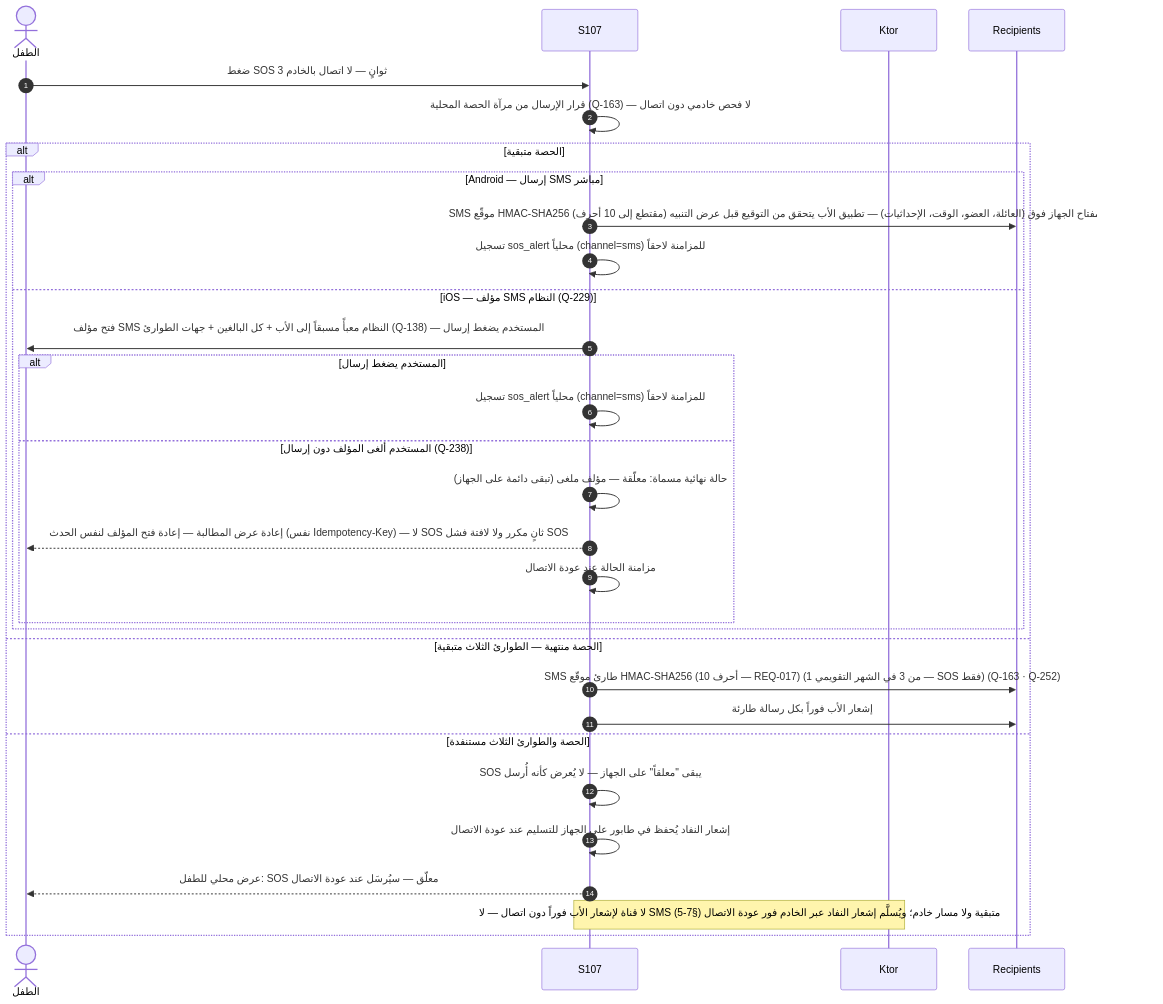
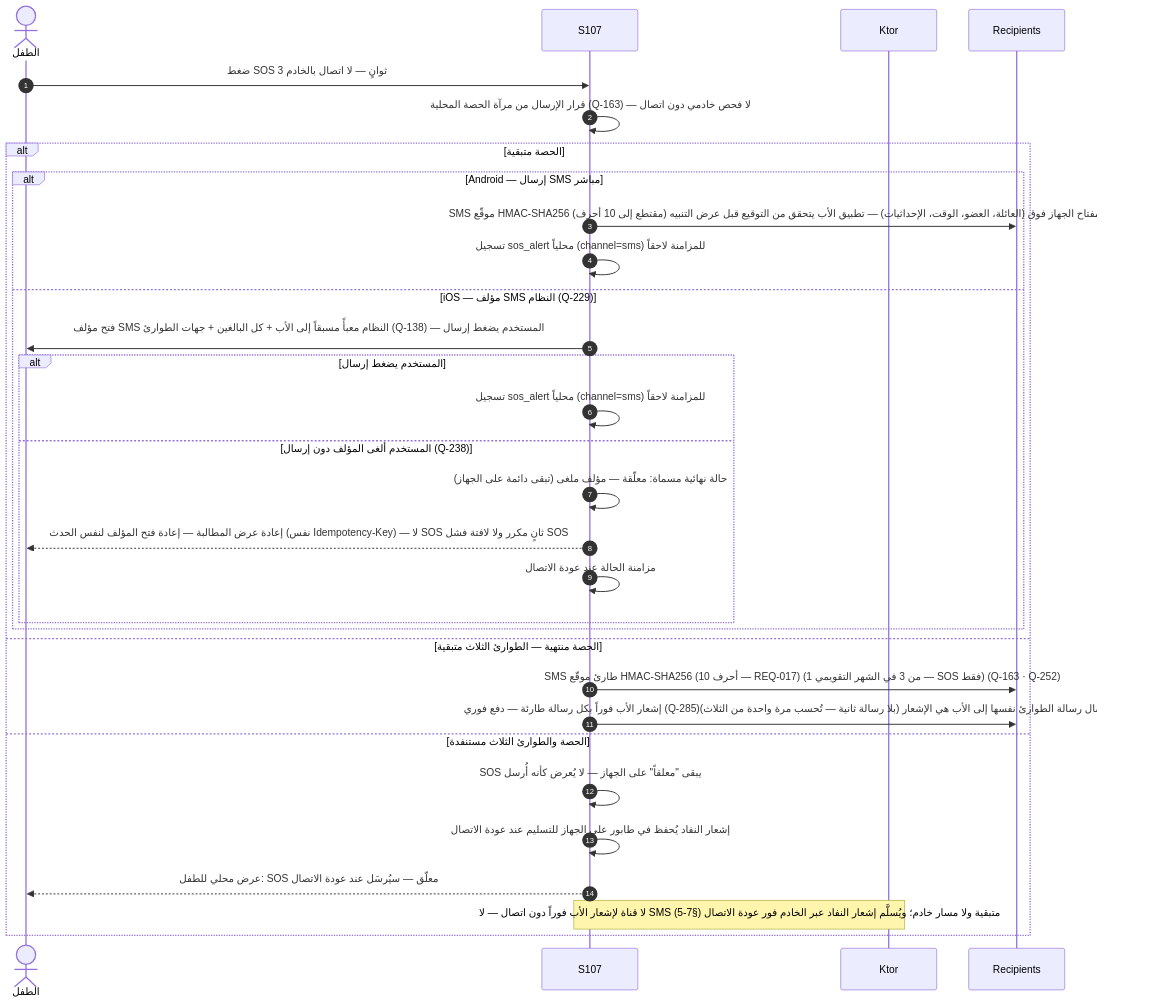
The sixth of 13 diagrams in docs/family-os/governance/phases/phase-1/S1-07-location-basic/DIAGRAMS.md (Bassam-mohammed-alqaeadi/family-os-v2), drawn with Mermaid before and after one commit. The commit also changed other lines of this file and 1 other file, not shown here.

Commit message:
R2-S107-10 (Q-285): إشعار الأب فوراً بكل رسالة طوارئ — دفع فوري متصلاً بلا استهلاك من الثلاث؛ ودون اتصال الرسالة نفسها هي الإشعار بلا رسالة ثانية + عدّاد ظاهر للمتبقي من الـ 3

````diff
--- a/docs/family-os/governance/phases/phase-1/S1-07-location-basic/DIAGRAMS.md
+++ b/docs/family-os/governance/phases/phase-1/S1-07-location-basic/DIAGRAMS.md
@@ -245,33 +245,33 @@
 ```mermaid
 sequenceDiagram
     autonumber
     actor Child as الطفل
     participant الموقع as S107
     participant الخادم as Ktor
     participant المستلمون as Recipients
     Child->>الموقع: ضغط SOS 3 ثوانٍ — لا اتصال بالخادم
     الموقع->>الموقع: قرار الإرسال من مرآة الحصة المحلية (Q-163) — لا فحص خادمي دون اتصال
     alt الحصة متبقية
         alt Android — إرسال SMS مباشر
             الموقع->>المستلمون: SMS موقّع HMAC-SHA256 (مقتطع إلى 10 أحرف) بمفتاح الجهاز فوق (العائلة، العضو، الوقت، الإحداثيات) — تطبيق الأب يتحقق من التوقيع قبل عرض التنبيه (REQ-017)
             الموقع->>الموقع: تسجيل sos_alert محلياً (channel=sms) للمزامنة لاحقاً
         else iOS — مؤلف SMS النظام (Q-229)
             الموقع->>Child: فتح مؤلف SMS النظام معبأً مسبقاً إلى الأب + كل البالغين + جهات الطوارئ (Q-138) — المستخدم يضغط إرسال
             alt المستخدم يضغط إرسال
                 الموقع->>الموقع: تسجيل sos_alert محلياً (channel=sms) للمزامنة لاحقاً
             else المستخدم ألغى المؤلف دون إرسال (Q-238)
                 الموقع->>الموقع: حالة نهائية مسماة: معلّقة — مؤلف ملغى (تبقى دائمة على الجهاز)
                 الموقع-->>Child: إعادة عرض المطالبة — إعادة فتح المؤلف لنفس الحدث (نفس Idempotency-Key) — لا SOS ثانٍ مكرر ولا لافتة فشل SOS
                 الموقع->>الموقع: مزامنة الحالة عند عودة الاتصال
             end
         end
     else الحصة منتهية — الطوارئ الثلاث متبقية
         الموقع->>المستلمون: SMS طارئ موقّع HMAC-SHA256 (10 أحرف — REQ-017) (1 من 3 في الشهر التقويمي — SOS فقط) (Q-163 · Q-252)
-        الموقع->>المستلمون: إشعار الأب فوراً بكل رسالة طارئة
+        الموقع->>المستلمون: إشعار الأب فوراً بكل رسالة طارئة — دفع فوري (Q-285)؛ ودون اتصال رسالة الطوارئ نفسها إلى الأب هي الإشعار (بلا رسالة ثانية — تُحسب مرة واحدة من الثلاث)
     else الحصة والطوارئ الثلاث مستنفدة
         الموقع->>الموقع: SOS يبقى "معلقاً" على الجهاز — لا يُعرض كأنه أُرسل
         الموقع->>الموقع: إشعار النفاد يُحفظ في طابور على الجهاز للتسليم عند عودة الاتصال
         الموقع-->>Child: عرض محلي للطفل: SOS معلّق — سيُرسَل عند عودة الاتصال
         Note over الموقع,الخادم: لا قناة لإشعار الأب فوراً دون اتصال — لا SMS متبقية ولا مسار خادم؛ ويُسلَّم إشعار النفاد عبر الخادم فور عودة الاتصال (§7-5)
     end
 ```
````
